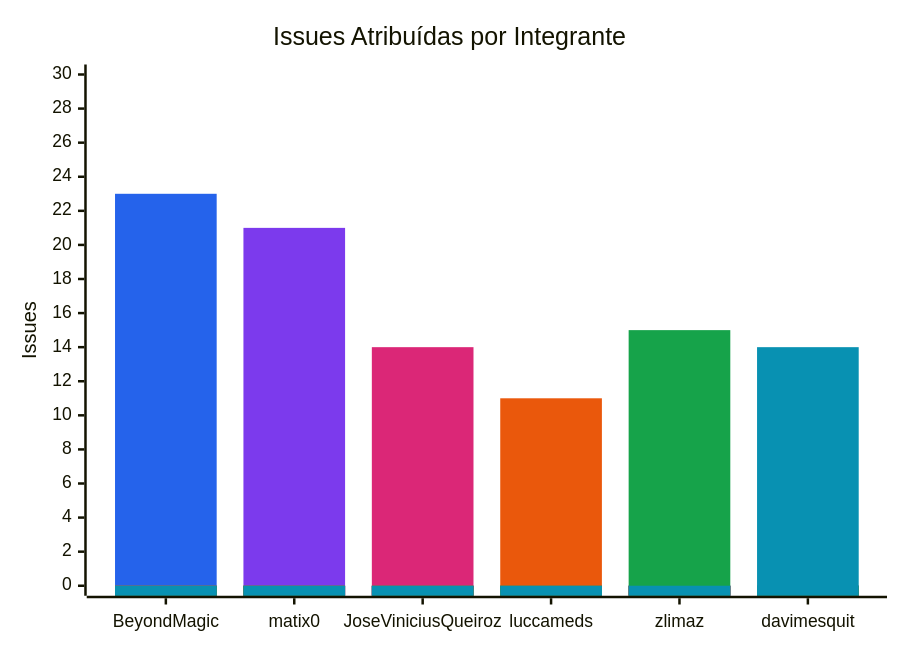
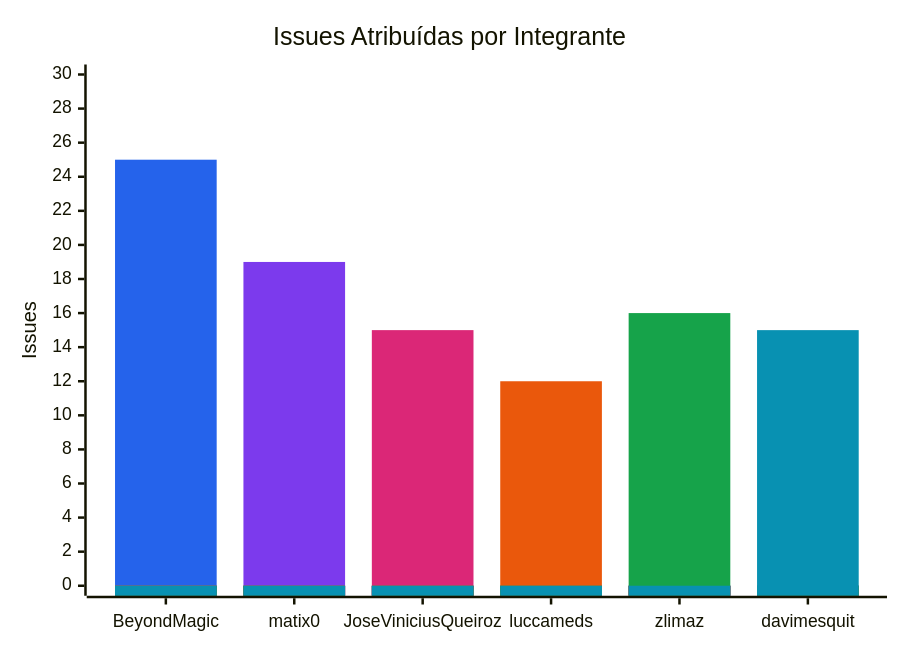
Before and after one commit to FCTE-Qualidade-de-Software-1/2026-2_T01_FRANS_BILAS: the diagram in documentation/snippets/management/assigned-issues.mmd, drawn with Mermaid. The commit also changed 6 other files, not shown here.

```diff
--- a/documentation/snippets/management/assigned-issues.mmd
+++ b/documentation/snippets/management/assigned-issues.mmd
@@ -1,11 +1,11 @@
 %%{init: {"themeVariables": {"xyChart": {"plotColorPalette": "#2563eb, #7c3aed, #db2777, #ea580c, #16a34a, #0891b2"}}}}%%
 xychart-beta
     title "Issues Atribuídas por Integrante"
     x-axis ["BeyondMagic", "matix0", "JoseViniciusQueiroz", "luccameds", "zlimaz", "davimesquit"]
     y-axis "Issues" 0 --> 30
-    bar [23, 0, 0, 0, 0, 0]
-    bar [0, 21, 0, 0, 0, 0]
-    bar [0, 0, 14, 0, 0, 0]
-    bar [0, 0, 0, 11, 0, 0]
-    bar [0, 0, 0, 0, 15, 0]
-    bar [0, 0, 0, 0, 0, 14]
+    bar [25, 0, 0, 0, 0, 0]
+    bar [0, 19, 0, 0, 0, 0]
+    bar [0, 0, 15, 0, 0, 0]
+    bar [0, 0, 0, 12, 0, 0]
+    bar [0, 0, 0, 0, 16, 0]
+    bar [0, 0, 0, 0, 0, 15]
```
